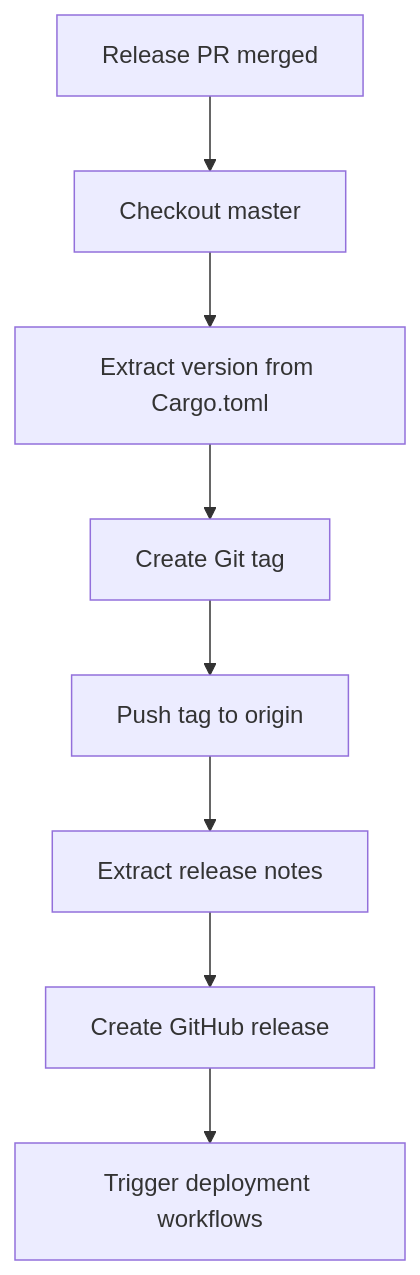
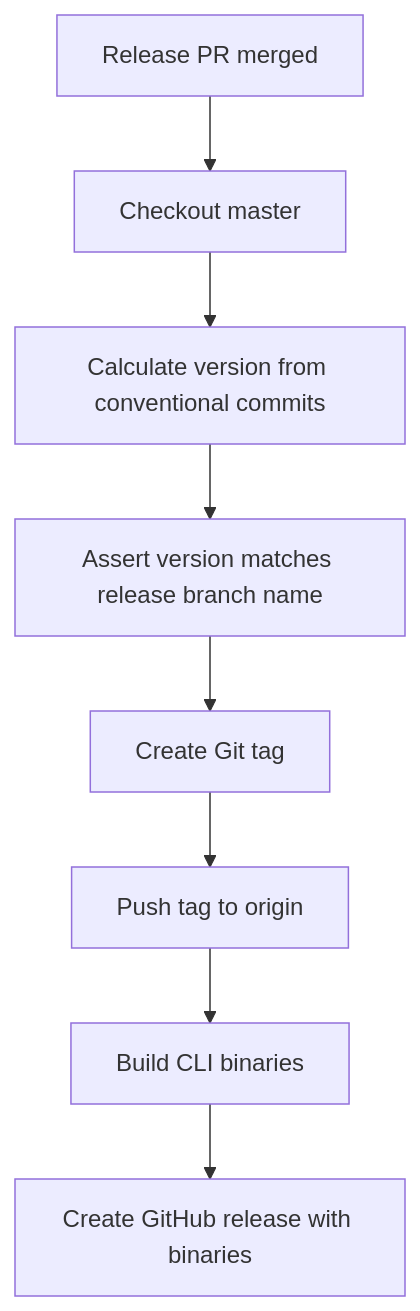
Before and after one commit to pvandervelde/merge_warden: the second of 2 diagrams in docs/spec/operations/release-management.md, drawn with Mermaid. The commit also changed other lines of this file and 1 other file, not shown here.

First line of the commit message:
fix(release): address PR review comments on release-regent config

````diff
--- a/docs/spec/operations/release-management.md
+++ b/docs/spec/operations/release-management.md
@@ -165,10 +116,10 @@
 ```mermaid
 graph TD
     A[Release PR merged] --> B[Checkout master]
-    B --> C[Extract version from Cargo.toml]
-    C --> D[Create Git tag]
-    D --> E[Push tag to origin]
-    E --> F[Extract release notes]
-    F --> G[Create GitHub release]
-    G --> H[Trigger deployment workflows]
+    B --> C[Calculate version from conventional commits]
+    C --> D[Assert version matches release branch name]
+    D --> E[Create Git tag]
+    E --> F[Push tag to origin]
+    F --> G[Build CLI binaries]
+    G --> H[Create GitHub release with binaries]
 ```
````
